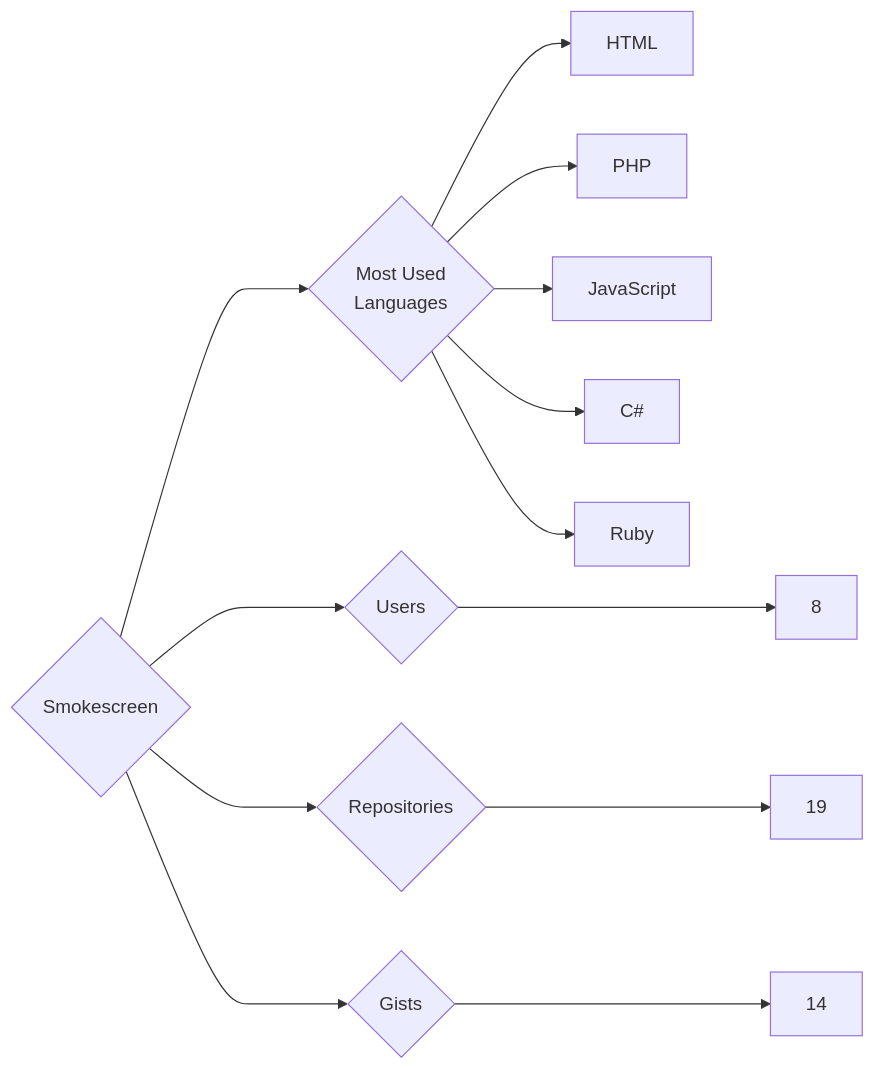
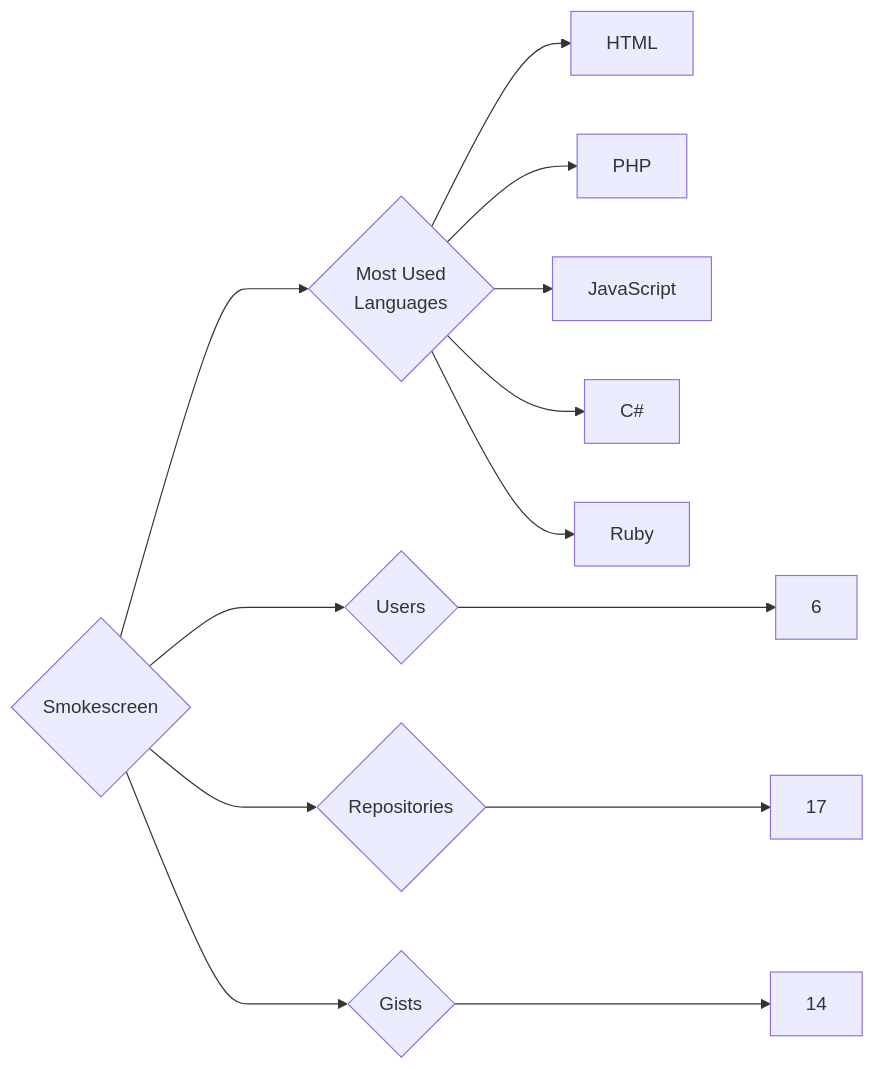
The diagram in targets/Smokescreen/README.md (trickest/insiders), drawn with Mermaid before and after one commit. The commit also changed 829 other files, not shown here.

````diff
--- a/targets/Smokescreen/README.md
+++ b/targets/Smokescreen/README.md
@@ -3,13 +3,13 @@
 ```mermaid
 graph LR
 COMPANY_NAME{Smokescreen}
-COMPANY_NAME ---> U{Users} ---> UN[8]
-COMPANY_NAME ---> R{Repositories} ---> RN[19]
+COMPANY_NAME ---> U{Users} ---> UN[6]
+COMPANY_NAME ---> R{Repositories} ---> RN[17]
 COMPANY_NAME ---> G{Gists} ---> GN[14]
 COMPANY_NAME ---> ML{Most Used<br>Languages}
 ML --> HTML[HTML]
 ML --> PHP[PHP]
 ML --> JavaScript[JavaScript]
 ML --> C#[C#]
 ML --> Ruby[Ruby]
 ```
````
